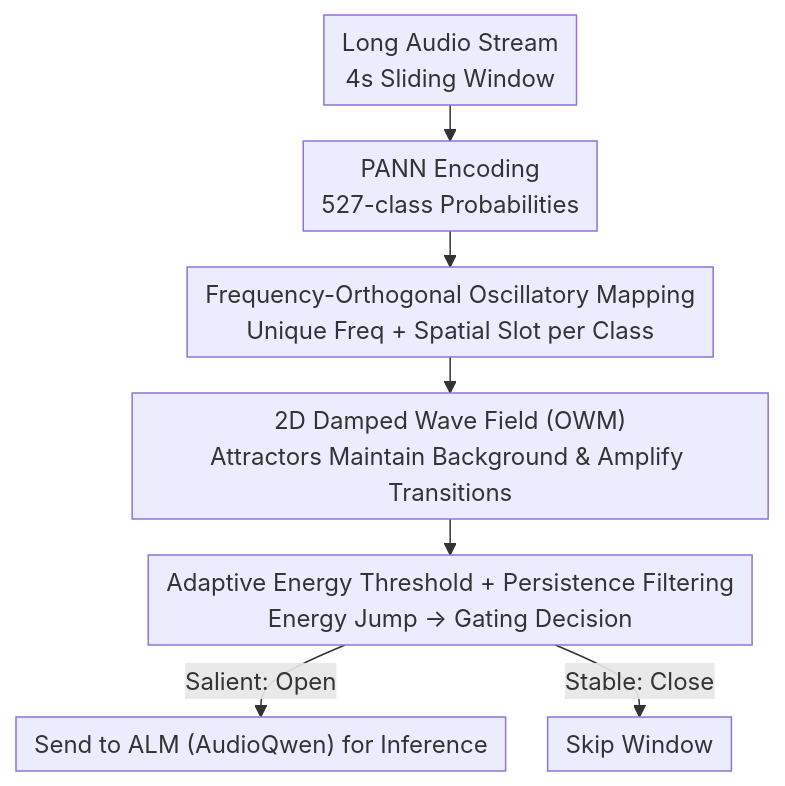
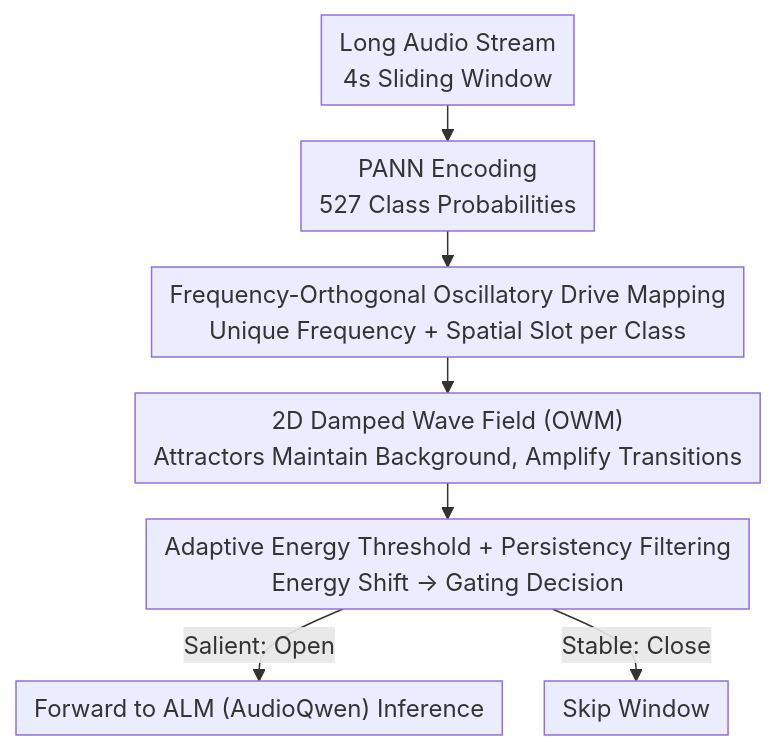
One commit to zhaoyang97/Paper-Notes-en changed the diagram in docs/ICML2026/audio_speech/naaca_training-free_neuroauditory_attentive_cognitive_architecture_with_oscillat.md. Above: the diagram before and after it, drawn with Mermaid. The commit also changed other lines of this file and 5084 other files, not shown here.

````diff
--- a/docs/ICML2026/audio_speech/naaca_training-free_neuroauditory_attentive_cognitive_architecture_with_oscillat.md
+++ b/docs/ICML2026/audio_speech/naaca_training-free_neuroauditory_attentive_cognitive_architecture_with_oscillat.md
@@ -42,10 +42,10 @@
 ```mermaid
 %%{init: {'flowchart': {'rankSpacing': 24, 'nodeSpacing': 28, 'padding': 6, 'wrappingWidth': 400}}}%%
 flowchart TD
-    A["Long Audio Stream<br/>4s Sliding Window"] --> B["PANN Encoding<br/>527-class Probabilities"]
-    B --> C["Frequency-Orthogonal Oscillatory Mapping<br/>Unique Freq + Spatial Slot per Class"]
-    C --> D["2D Damped Wave Field (OWM)<br/>Attractors Maintain Background & Amplify Transitions"]
-    D --> E["Adaptive Energy Threshold + Persistence Filtering<br/>Energy Jump → Gating Decision"]
-    E -->|Salient: Open| F["Send to ALM (AudioQwen) for Inference"]
+    A["Long Audio Stream<br/>4s Sliding Window"] --> B["PANN Encoding<br/>527 Class Probabilities"]
+    B --> C["Frequency-Orthogonal Oscillatory Drive Mapping<br/>Unique Frequency + Spatial Slot per Class"]
+    C --> D["2D Damped Wave Field (OWM)<br/>Attractors Maintain Background, Amplify Transitions"]
+    D --> E["Adaptive Energy Threshold + Persistency Filtering<br/>Energy Shift → Gating Decision"]
+    E -->|Salient: Open| F["Forward to ALM (AudioQwen) Inference"]
     E -->|Stable: Close| G["Skip Window"]
 ```
````
